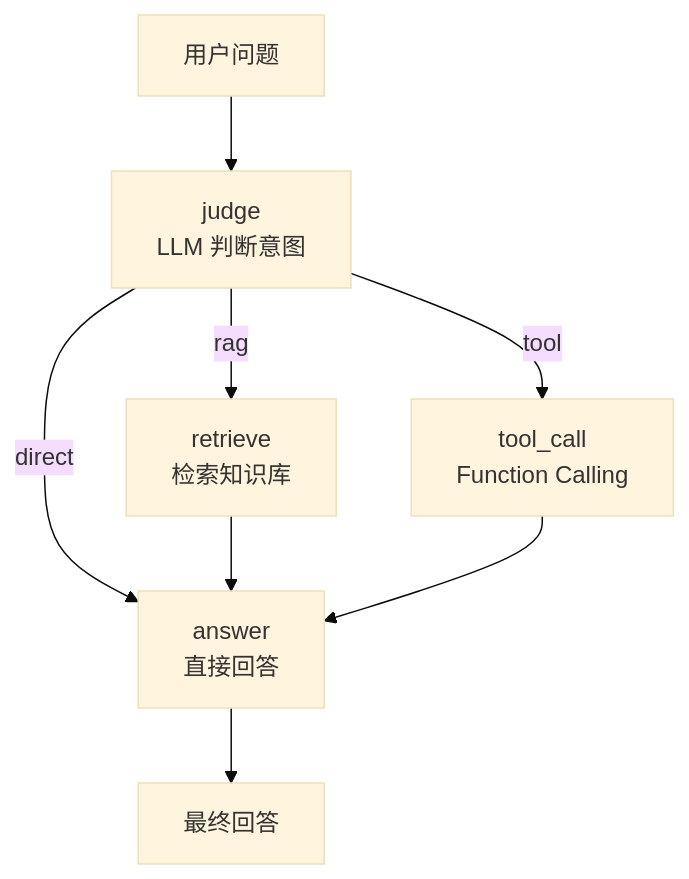
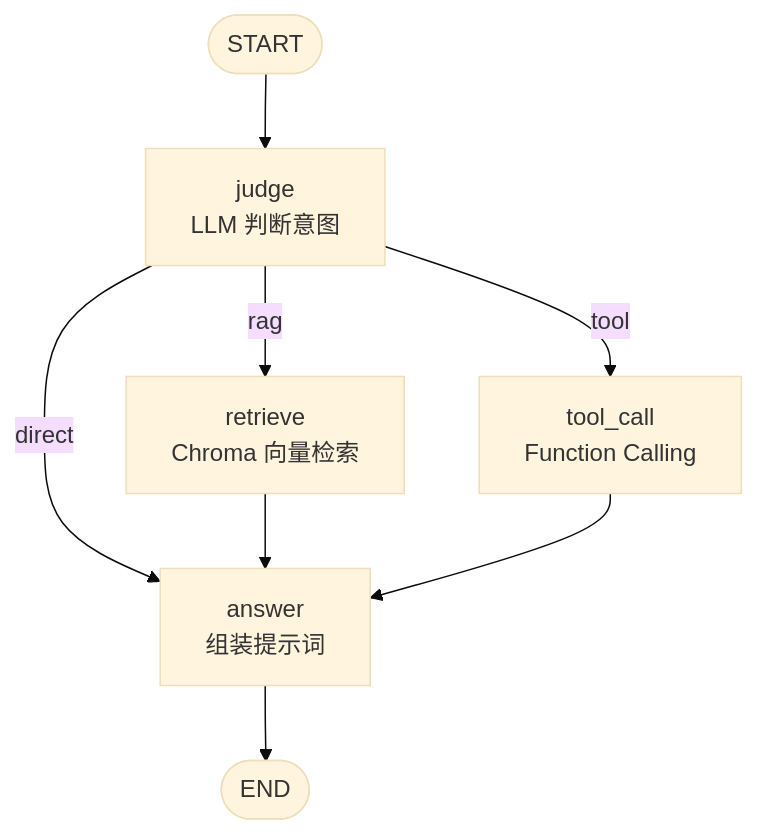
One commit to Shui1Jiao/agentic-rag-demo changed the diagram in README.md. Above: the diagram before and after it, drawn with Mermaid (base theme). The commit also changed other lines of this file and 8 other files, not shown here.

````diff
--- a/README.md
+++ b/README.md
@@ -11,10 +17,10 @@
 ```mermaid
 flowchart TD
-    Q[用户问题] --> J[judge<br/>LLM 判断意图]
-    J -->|rag| R[retrieve<br/>检索知识库]
+    START([START]) --> J[judge<br/>LLM 判断意图]
+    J -->|rag| R[retrieve<br/>Chroma 向量检索]
     J -->|tool| T[tool_call<br/>Function Calling]
-    J -->|direct| A[answer<br/>直接回答]
+    J -->|direct| A[answer<br/>组装提示词]
     R --> A
     T --> A
-    A --> OUT[最终回答]
+    A --> OUT([END])
 ```
````
